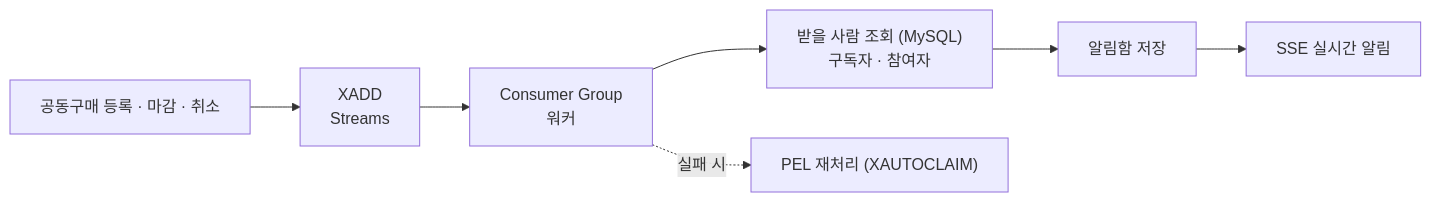
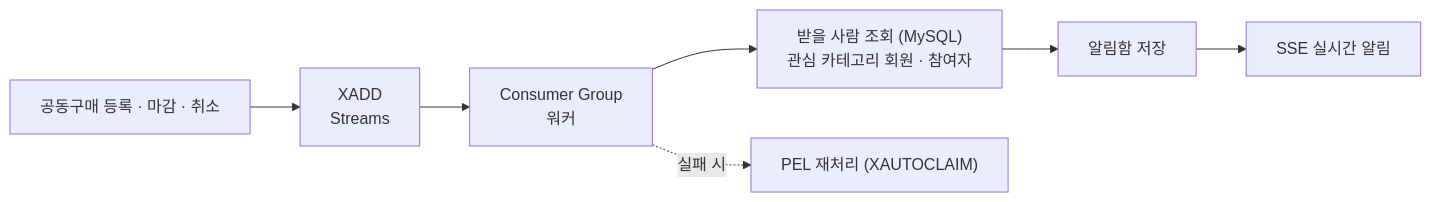
The fourth of 4 diagrams in README.md (f-lab-edu/TTUK), drawn with Mermaid before and after one commit. The commit also changed other lines of this file, not shown here.

````diff
--- a/README.md
+++ b/README.md
@@ -156,9 +156,9 @@
 ```mermaid
 flowchart LR
     E["공동구매 등록 · 마감 · 취소"] --> X["XADD<br/>Streams"]
     X --> CG["Consumer Group<br/>워커"]
-    CG --> DB["받을 사람 조회 (MySQL)<br/>구독자 · 참여자"]
+    CG --> DB["받을 사람 조회 (MySQL)<br/>관심 카테고리 회원 · 참여자"]
     DB --> SAVE["알림함 저장"]
     SAVE --> SSE["SSE 실시간 알림"]
     CG -. 실패 시 .-> PEL["PEL 재처리 (XAUTOCLAIM)"]
 ```
````
